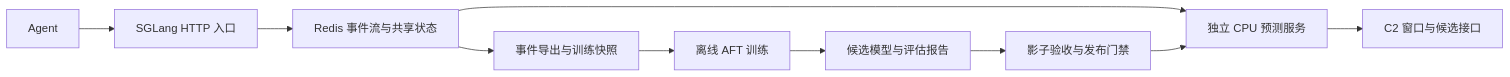
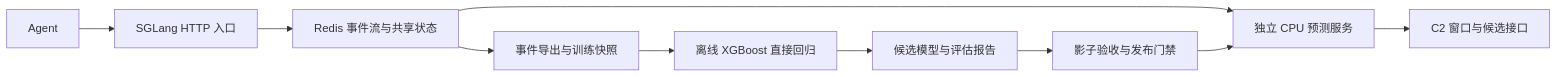
The diagram in README.md (Crystalclear9/TimePredictModel), drawn with Mermaid before and after one commit. The commit also changed other lines of this file and 29 other files, not shown here.

````diff
--- a/README.md
+++ b/README.md
@@ -31,12 +33,12 @@
 ```mermaid
 flowchart LR
     A[Agent] --> S[SGLang HTTP 入口]
     S --> R[Redis 事件流与共享状态]
     R --> P[独立 CPU 预测服务]
     P --> C[C2 窗口与候选接口]
     R --> D[事件导出与训练快照]
-    D --> T[离线 AFT 训练]
+    D --> T[离线 XGBoost 直接回归]
     T --> M[候选模型与评估报告]
     M --> G[影子验收与发布门禁]
     G --> P
 ```
````
